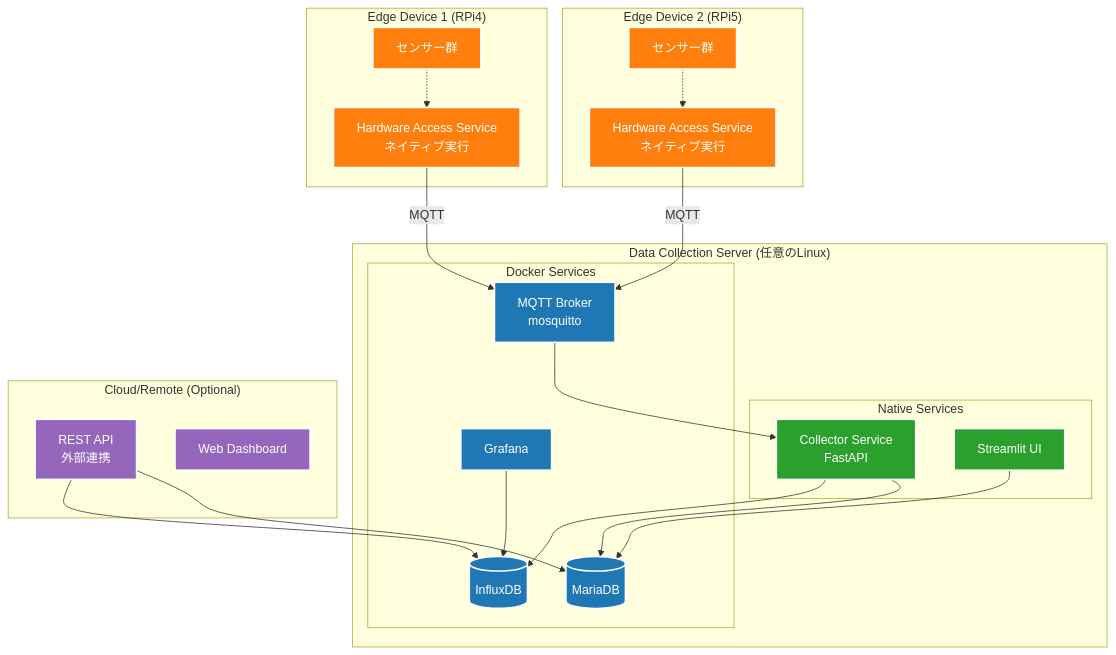
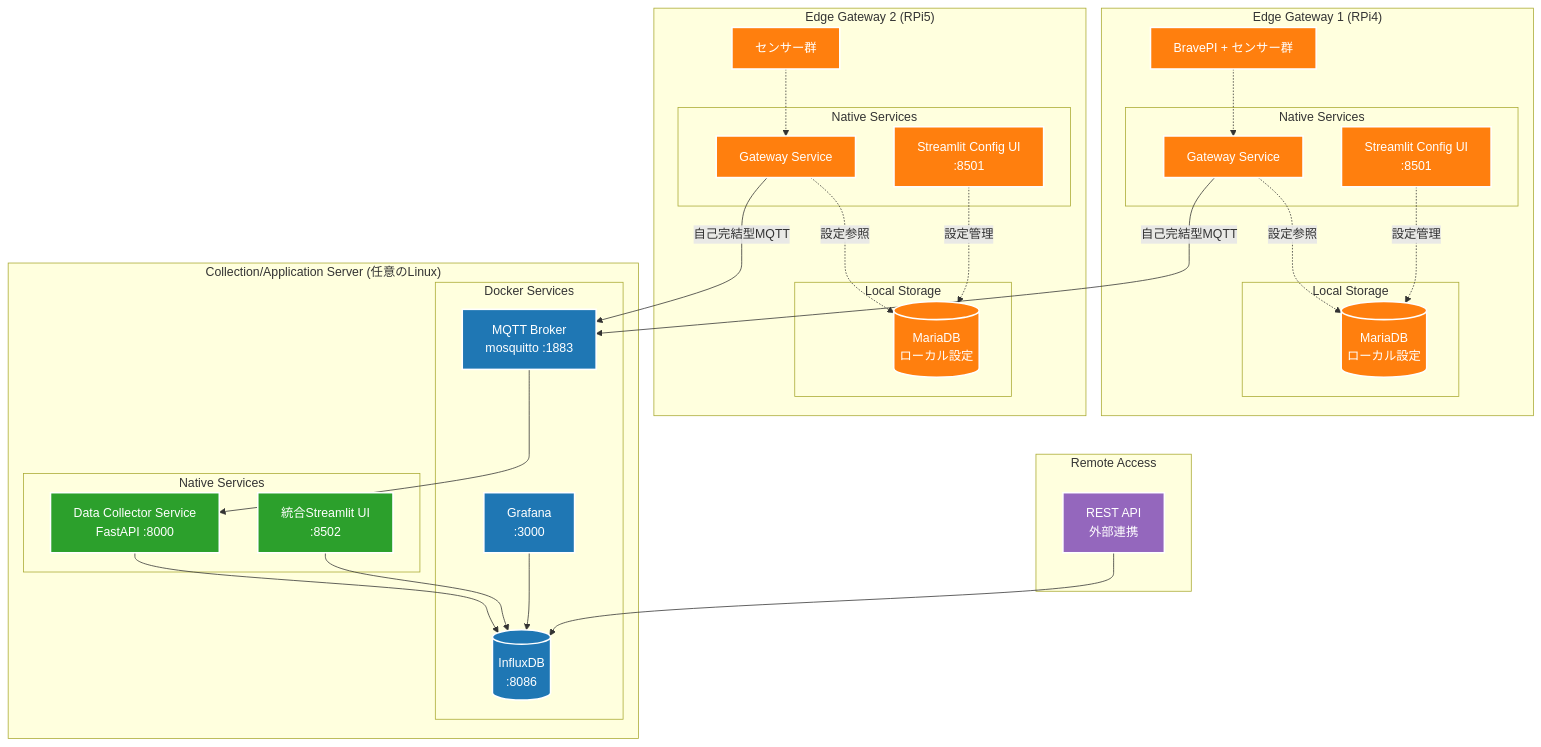
Before and after one commit to w-pinkietech/iot4-copy: the second of 3 diagrams in docs/architecture/sensor-collection-architecture.md, drawn with Mermaid. The commit also changed other lines of this file, not shown here.

First line of the commit message:
docs: Add local Streamlit configuration UI to edge gateways

````diff
--- a/docs/architecture/sensor-collection-architecture.md
+++ b/docs/architecture/sensor-collection-architecture.md
@@ -348,61 +526,74 @@
 ```mermaid
 graph TB
-    subgraph "Edge Device 1 (RPi4)"
-        EdgeService1[Hardware Access Service<br/>ネイティブ実行]
-        EdgeHW1[センサー群]
+    subgraph "Edge Gateway 1 (RPi4)"
+        subgraph "Native Services"
+            Gateway1[Gateway Service]
+            ConfigUI1[Streamlit Config UI<br/>:8501]
+        end
+        subgraph "Local Storage"
+            LocalDB1[(MariaDB<br/>ローカル設定)]
+        end
+        Gateway1Sensors[BravePI + センサー群]
     end
     
-    subgraph "Edge Device 2 (RPi5)"
-        EdgeService2[Hardware Access Service<br/>ネイティブ実行]
-        EdgeHW2[センサー群]
+    subgraph "Edge Gateway 2 (RPi5)"
+        subgraph "Native Services"
+            Gateway2[Gateway Service]
+            ConfigUI2[Streamlit Config UI<br/>:8501]
+        end
+        subgraph "Local Storage"
+            LocalDB2[(MariaDB<br/>ローカル設定)]
+        end
+        Gateway2Sensors[センサー群]
     end
     
-    subgraph "Data Collection Server (任意のLinux)"
+    subgraph "Collection/Application Server (任意のLinux)"
         subgraph "Native Services"
-            CollectorApp[Collector Service<br/>FastAPI]
-            StreamlitApp[Streamlit UI]
+            CollectorApp[Data Collector Service<br/>FastAPI :8000]
+            IntegratedUI[統合Streamlit UI<br/>:8502]
         end
         
         subgraph "Docker Services"
-            MQTT[MQTT Broker<br/>mosquitto]
-            InfluxDB[(InfluxDB)]
-            MariaDB[(MariaDB)]
-            Grafana[Grafana]
+            MQTT[MQTT Broker<br/>mosquitto :1883]
+            InfluxDB[(InfluxDB<br/>:8086)]
+            Grafana[Grafana<br/>:3000]
         end
     end
     
-    subgraph "Cloud/Remote (Optional)"
+    subgraph "Remote Access"
         CloudAPI[REST API<br/>外部連携]
-        CloudUI[Web Dashboard]
     end
     
+    %% Gateway internal connections
+    Gateway1Sensors -.-> Gateway1
+    Gateway1 -.->|設定参照| LocalDB1
+    ConfigUI1 -.->|設定管理| LocalDB1
+    
+    Gateway2Sensors -.-> Gateway2
+    Gateway2 -.->|設定参照| LocalDB2
+    ConfigUI2 -.->|設定管理| LocalDB2
+    
     %% Edge to Collection
-    EdgeService1 -->|MQTT| MQTT
-    EdgeService2 -->|MQTT| MQTT
+    Gateway1 -->|自己完結型MQTT| MQTT
+    Gateway2 -->|自己完結型MQTT| MQTT
     
     %% Collection layer
     MQTT --> CollectorApp
     CollectorApp --> InfluxDB
-    CollectorApp --> MariaDB
-    StreamlitApp --> MariaDB
+    IntegratedUI --> InfluxDB
     Grafana --> InfluxDB
     
-    %% Cloud integration
+    %% External access
     CloudAPI --> InfluxDB
-    CloudAPI --> MariaDB
-    
-    %% Hardware connections
-    EdgeHW1 -.-> EdgeService1
-    EdgeHW2 -.-> EdgeService2
     
     %% Styling
     classDef edge fill:#ff7f0e,stroke:#fff,stroke-width:2px,color:#fff
     classDef collection fill:#2ca02c,stroke:#fff,stroke-width:2px,color:#fff
     classDef container fill:#1f77b4,stroke:#fff,stroke-width:2px,color:#fff
     classDef cloud fill:#9467bd,stroke:#fff,stroke-width:2px,color:#fff
     
-    class EdgeService1,EdgeService2,EdgeHW1,EdgeHW2 edge
-    class CollectorApp,StreamlitApp collection
-    class MQTT,InfluxDB,MariaDB,Grafana container
-    class CloudAPI,CloudUI cloud
+    class Gateway1,Gateway2,ConfigUI1,ConfigUI2,LocalDB1,LocalDB2,Gateway1Sensors,Gateway2Sensors edge
+    class CollectorApp,IntegratedUI collection
+    class MQTT,InfluxDB,Grafana container
+    class CloudAPI cloud
 ```
````
